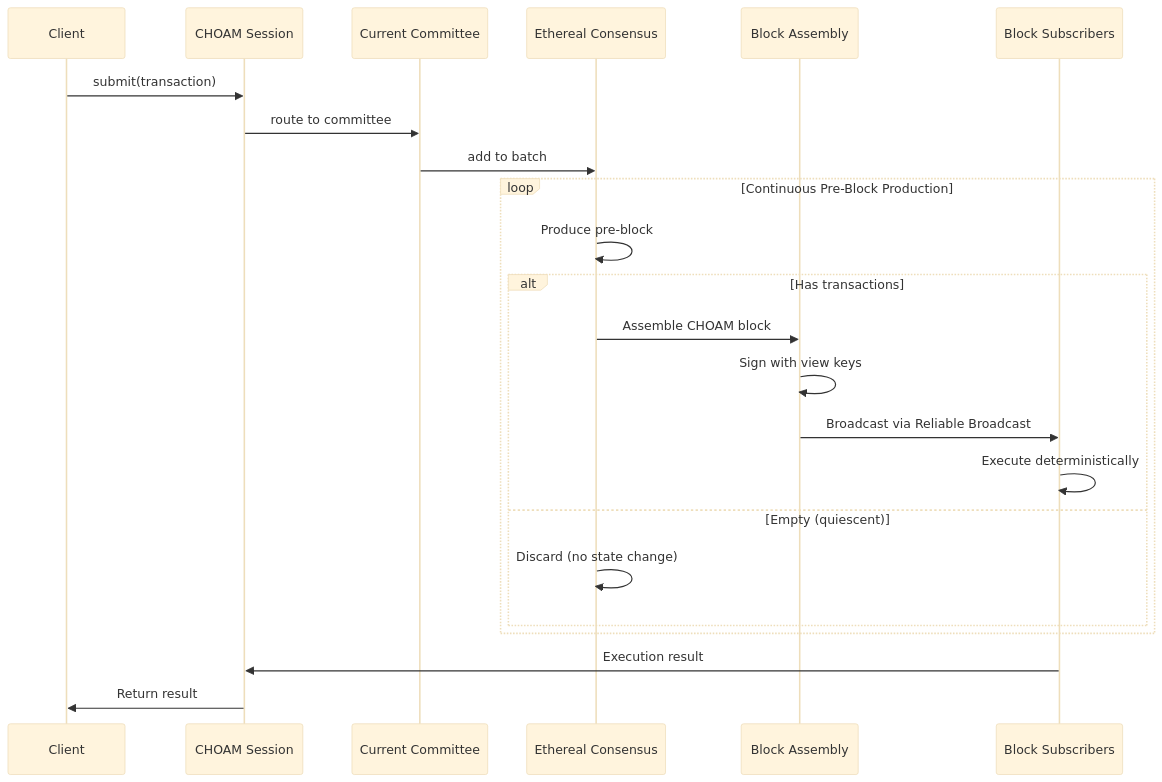
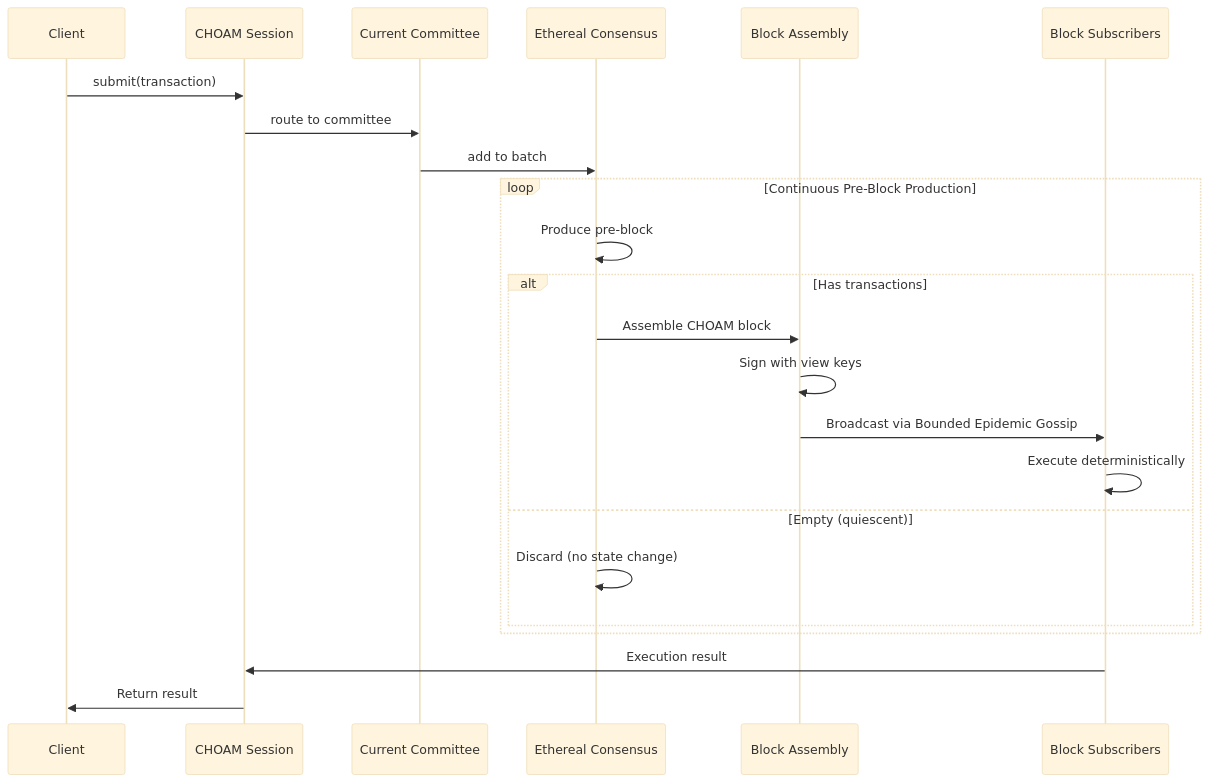
Before and after one commit to Hellblazer/Delos: the third of 6 diagrams in choam/README.md, drawn with Mermaid (base theme). The commit also changed other lines of this file and 3 other files, not shown here.

````diff
--- a/choam/README.md
+++ b/choam/README.md
@@ -136,28 +136,28 @@
 ```mermaid
 sequenceDiagram
     participant Client
     participant Session as CHOAM Session
     participant Committee as Current Committee
     participant Ethereal as Ethereal Consensus
     participant Block as Block Assembly
     participant Subscribers as Block Subscribers
 
     Client->>Session: submit(transaction)
     Session->>Committee: route to committee
     Committee->>Ethereal: add to batch
 
     loop Continuous Pre-Block Production
         Ethereal->>Ethereal: Produce pre-block
         alt Has transactions
             Ethereal->>Block: Assemble CHOAM block
             Block->>Block: Sign with view keys
-            Block->>Subscribers: Broadcast via Reliable Broadcast
+            Block->>Subscribers: Broadcast via Bounded Epidemic Gossip
             Subscribers->>Subscribers: Execute deterministically
         else Empty (quiescent)
             Ethereal->>Ethereal: Discard (no state change)
         end
     end
 
     Subscribers->>Session: Execution result
     Session->>Client: Return result
 ```
````
